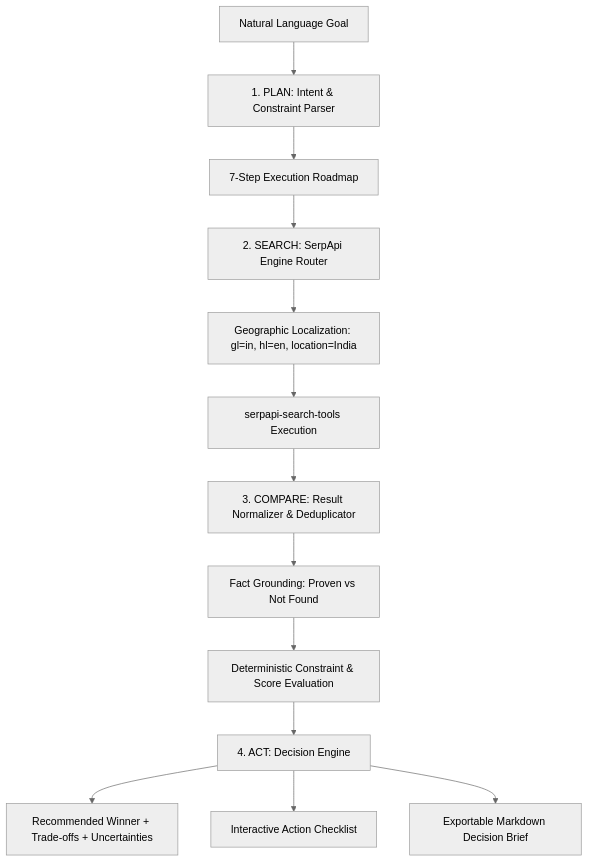
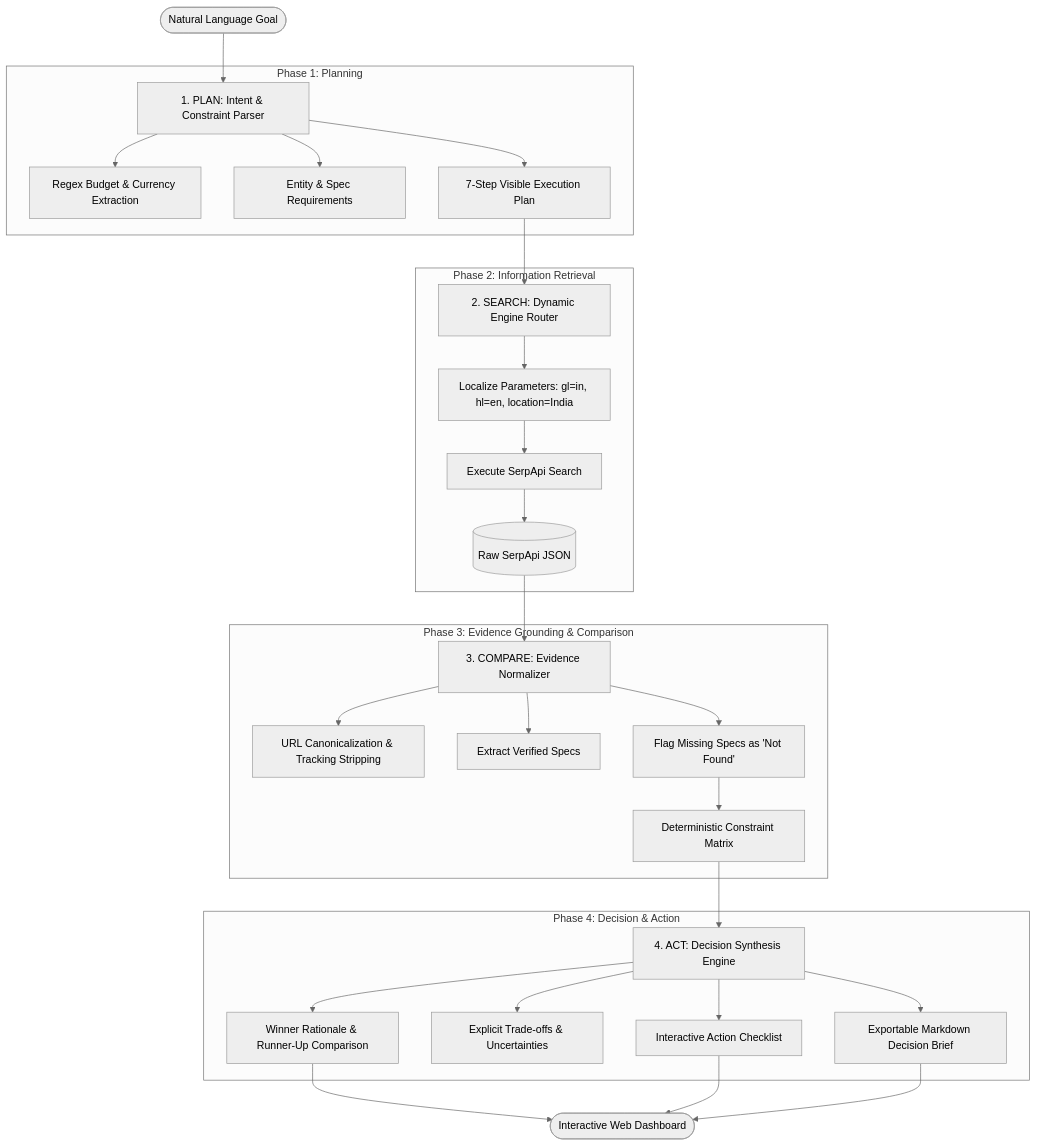
One commit to KrishanuGharami/ScoutPilot-AI changed the diagram in README.md. Above: the diagram before and after it, drawn with Mermaid (neutral theme). The commit also changed other lines of this file and 23 other files, not shown here.

````diff
--- a/README.md
+++ b/README.md
@@ -43,15 +73,40 @@
 ```mermaid
 graph TD
-    A[Natural Language Goal] --> B[1. PLAN: Intent & Constraint Parser]
-    B --> C[7-Step Execution Roadmap]
-    C --> D[2. SEARCH: SerpApi Engine Router]
-    D --> E[Geographic Localization: gl=in, hl=en, location=India]
-    E --> F[serpapi-search-tools Execution]
-    F --> G[3. COMPARE: Result Normalizer & Deduplicator]
-    G --> H[Fact Grounding: Proven vs Not Found]
-    H --> I[Deterministic Constraint & Score Evaluation]
-    I --> J[4. ACT: Decision Engine]
-    J --> K[Recommended Winner + Trade-offs + Uncertainties]
-    J --> L[Interactive Action Checklist]
-    J --> M[Exportable Markdown Decision Brief]
+    User([Natural Language Goal]) --> Plan[1. PLAN: Intent & Constraint Parser]
+
+    subgraph Phase 1: Planning
+        Plan --> Budget[Regex Budget & Currency Extraction]
+        Plan --> Specs[Entity & Spec Requirements]
+        Plan --> Roadmap[7-Step Visible Execution Plan]
+    end
+
+    Roadmap --> Router[2. SEARCH: Dynamic Engine Router]
+
+    subgraph Phase 2: Information Retrieval
+        Router --> ParamGen[Localize Parameters: gl=in, hl=en, location=India]
+        ParamGen --> SerpApiExec[Execute SerpApi Search]
+        SerpApiExec --> RawResults[(Raw SerpApi JSON)]
+    end
+
+    RawResults --> Normalizer[3. COMPARE: Evidence Normalizer]
+
+    subgraph Phase 3: Evidence Grounding & Comparison
+        Normalizer --> URLClean[URL Canonicalization & Tracking Stripping]
+        Normalizer --> SpecExtractor[Extract Verified Specs]
+        Normalizer --> FactGrounding[Flag Missing Specs as 'Not Found']
+        FactGrounding --> Scoring[Deterministic Constraint Matrix]
+    end
+
+    Scoring --> Synth[4. ACT: Decision Synthesis Engine]
+
+    subgraph Phase 4: Decision & Action
+        Synth --> Winner[Winner Rationale & Runner-Up Comparison]
+        Synth --> Tradeoffs[Explicit Trade-offs & Uncertainties]
+        Synth --> Checklist[Interactive Action Checklist]
+        Synth --> Export[Exportable Markdown Decision Brief]
+    end
+
+    Winner --> UI([Interactive Web Dashboard])
+    Checklist --> UI
+    Export --> UI
 ```
````
